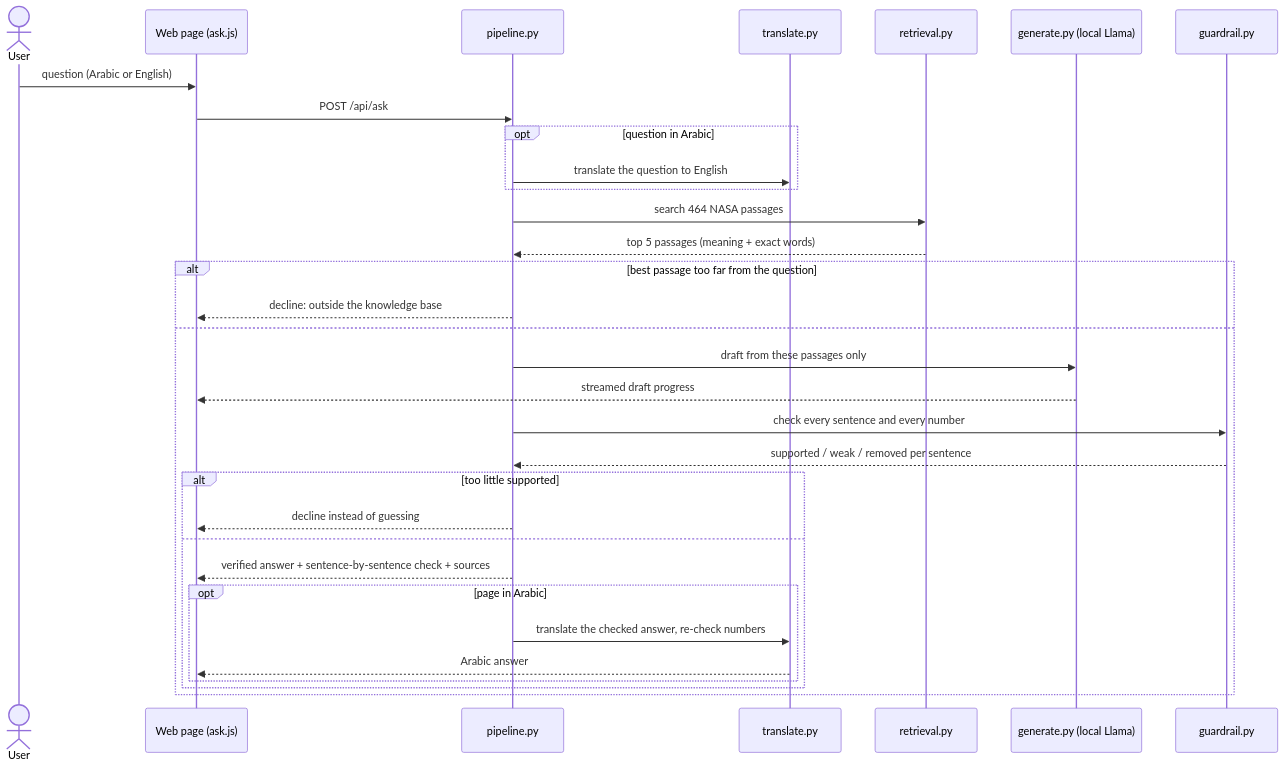
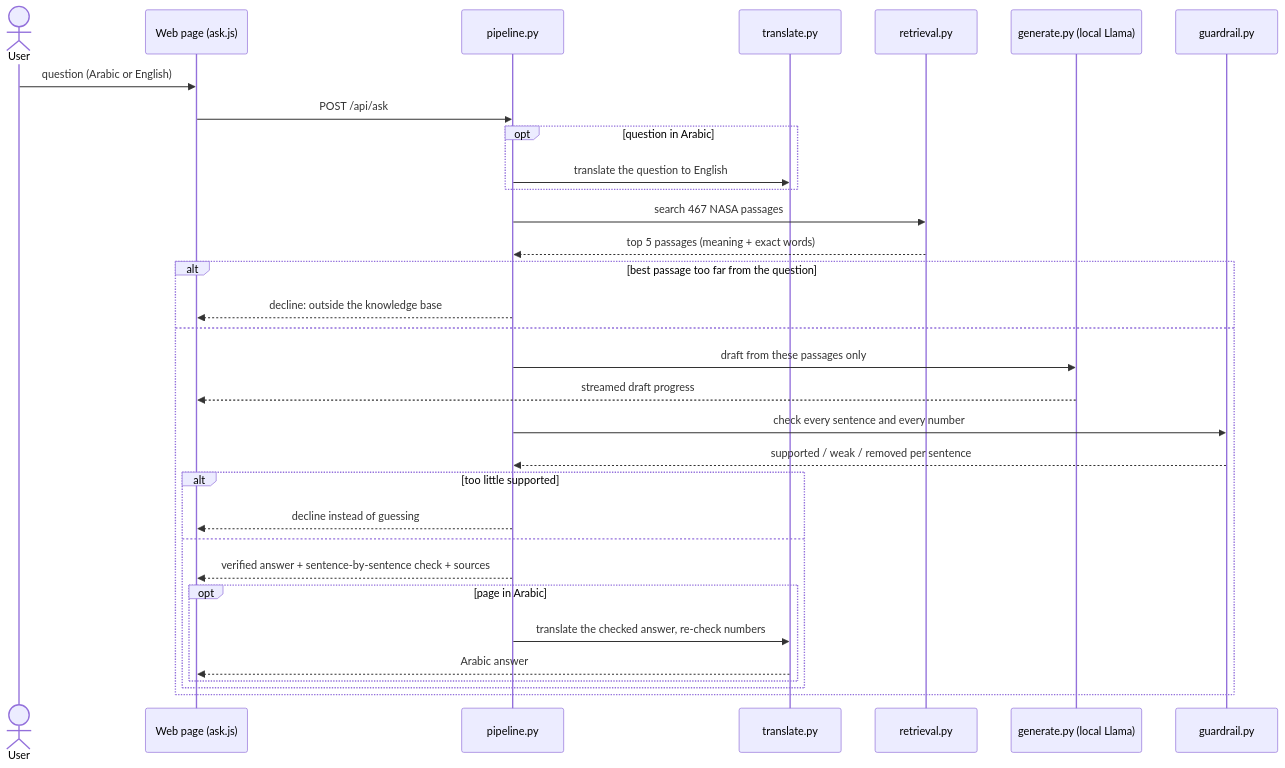
The second of 2 diagrams in ARCHITECTURE.md (mariadwaghrh/flame-in-freefall), drawn with Mermaid before and after one commit. The commit also changed other lines of this file and 15 other files, not shown here.

````diff
--- a/ARCHITECTURE.md
+++ b/ARCHITECTURE.md
@@ -70,35 +70,35 @@
 ```mermaid
 sequenceDiagram
     actor U as User
     participant W as Web page (ask.js)
     participant P as pipeline.py
     participant T as translate.py
     participant R as retrieval.py
     participant G as generate.py (local Llama)
     participant C as guardrail.py
 
     U->>W: question (Arabic or English)
     W->>P: POST /api/ask
     opt question in Arabic
         P->>T: translate the question to English
     end
-    P->>R: search 464 NASA passages
+    P->>R: search 467 NASA passages
     R-->>P: top 5 passages (meaning + exact words)
     alt best passage too far from the question
         P-->>W: decline: outside the knowledge base
     else
         P->>G: draft from these passages only
         G-->>W: streamed draft progress
         P->>C: check every sentence and every number
         C-->>P: supported / weak / removed per sentence
         alt too little supported
             P-->>W: decline instead of guessing
         else
             P-->>W: verified answer + sentence-by-sentence check + sources
             opt page in Arabic
                 P->>T: translate the checked answer, re-check numbers
                 T-->>W: Arabic answer
             end
         end
     end
 ```
````
